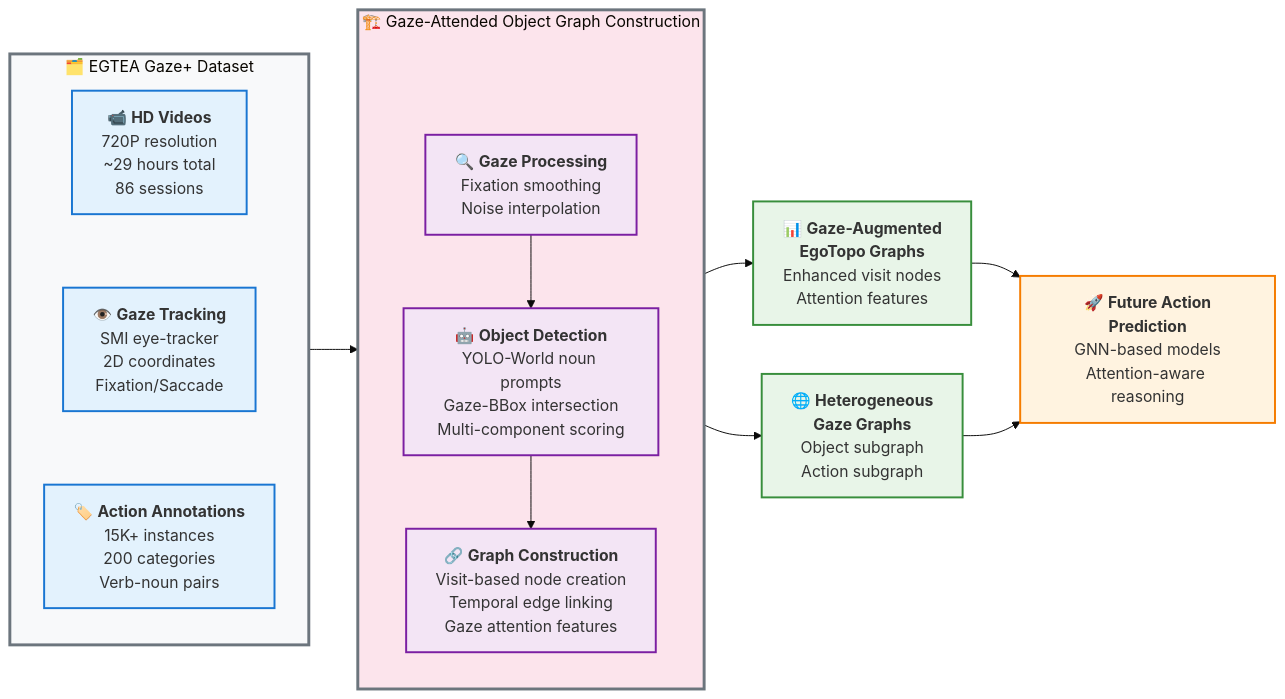
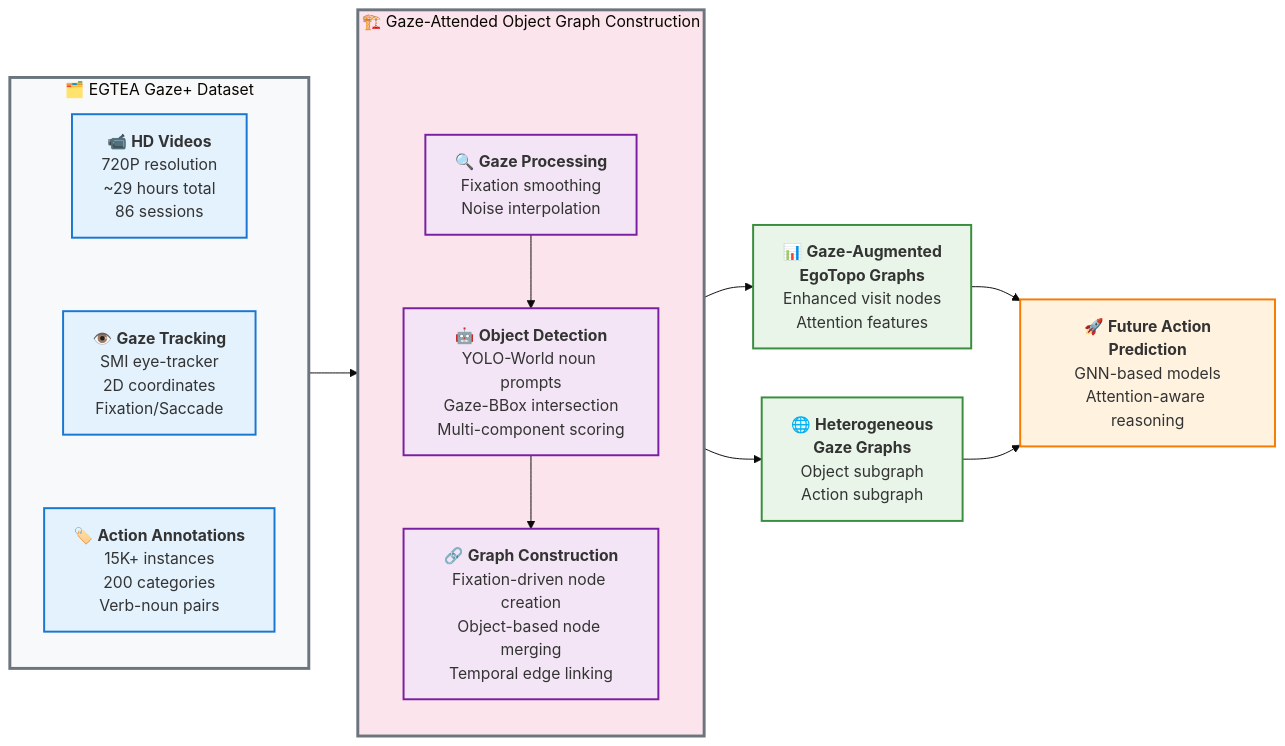
Before and after one commit to tavis-siebert/gaze-guided-scene: the diagram in figures/graph-construction-overview.md, drawn with Mermaid (base theme). The commit also changed other lines of this file, not shown here.

Commit message:
feat(figures): update graph construction node to match implementation

```diff
--- a/figures/graph-construction-overview.md
+++ b/figures/graph-construction-overview.md
@@ -42,9 +42,9 @@
         Multi-component scoring`"]
         
         F["`🔗 **Graph Construction**
-        Visit-based node creation
-        Temporal edge linking
-        Gaze attention features`"]
+        Fixation-driven node creation
+        Object-based node merging
+        Temporal edge linking`"]
         
         dummy ~~~ D
         D --> E
```
